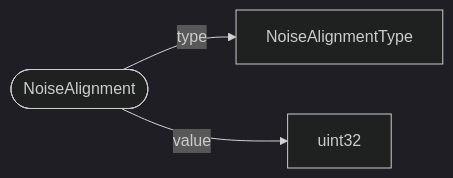
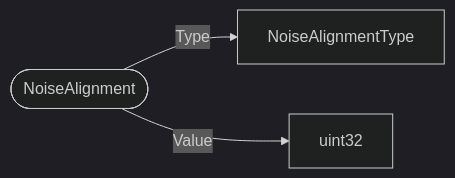
The diagram in schemas/types/NoiseAlignment.md (bedrock-v/protocol-docs), drawn with Mermaid (dark theme) before and after one commit. The commit also changed 77 other files, not shown here.

````diff
--- a/schemas/types/NoiseAlignment.md
+++ b/schemas/types/NoiseAlignment.md
@@ -5,6 +5,6 @@
 ```mermaid
 flowchart LR
   ROOT(["NoiseAlignment"])
-  ROOT -->|"type"| NoiseAlignmentType["NoiseAlignmentType"]
-  ROOT -->|"value"| uint32["uint32"]
+  ROOT -->|"Type"| NoiseAlignmentType["NoiseAlignmentType"]
+  ROOT -->|"Value"| uint32["uint32"]
 ```
````
